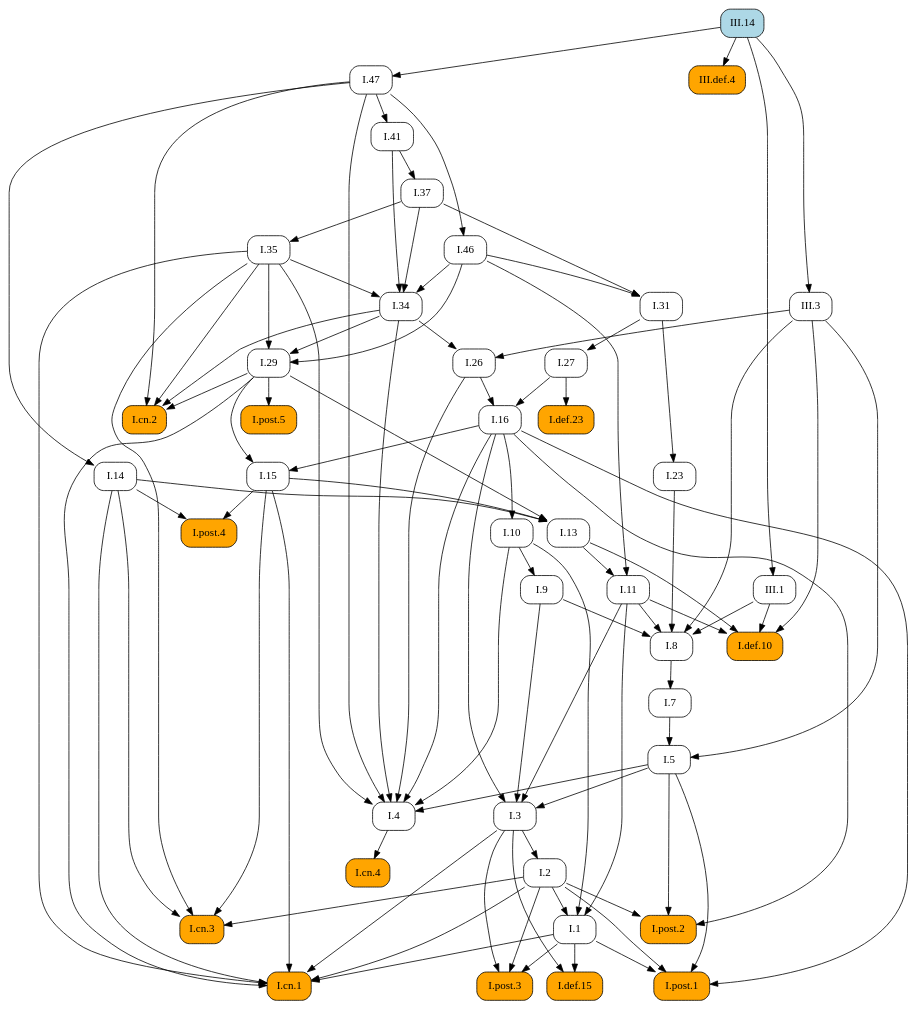
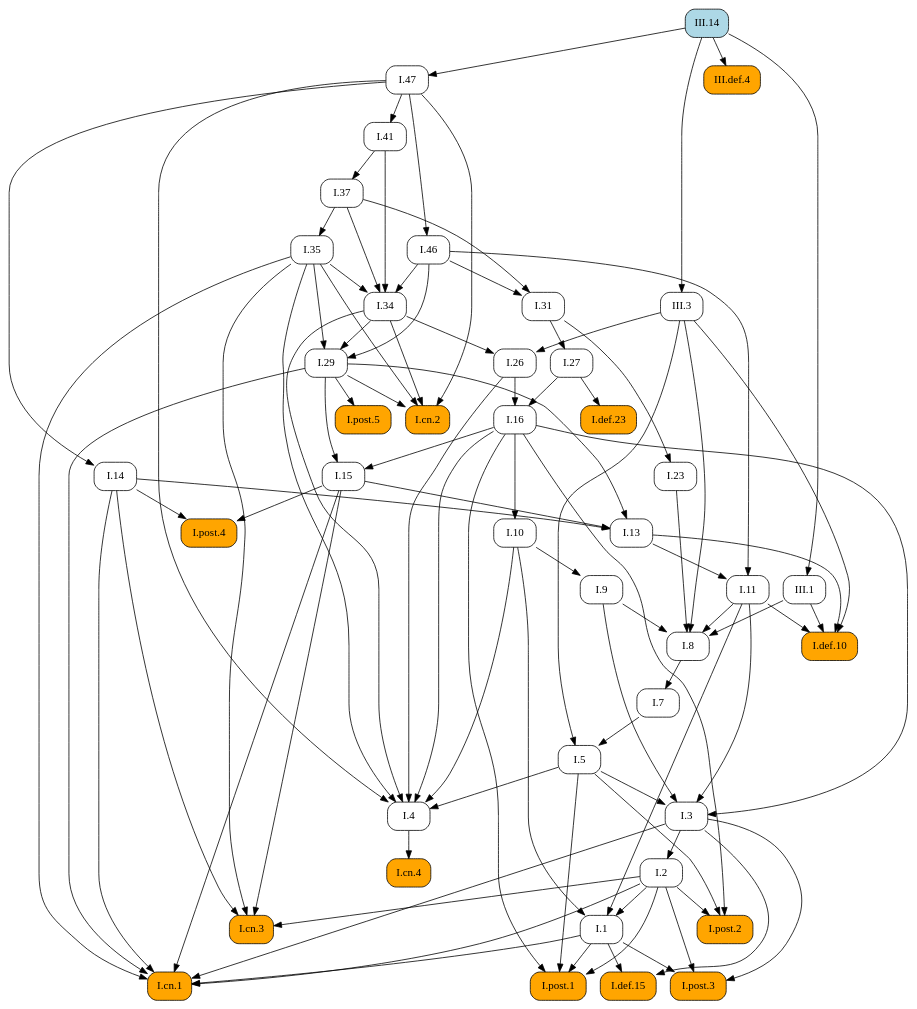
Before and after one commit to geometor/elements: the diagram in docsrc/elements2/III/14/index.rst, drawn with Graphviz. The commit also changed other lines of this file and 409 other files, not shown here.

First line of the commit message:
feat: Add image cropping and graphic extraction script

```diff
--- a/docsrc/elements2/III/14/index.rst
+++ b/docsrc/elements2/III/14/index.rst
@@ -120,98 +120,67 @@
    digraph {
      rankdir="TB";
      node [shape=box, style=rounded];
+     "I.37" [URL="/elements2/I/37/", target="_top"];
+     "I.cn.2" [style="rounded,filled", fillcolor=orange, URL="/elements2/I/cn.2/", target="_top"];
+     "I.31" [URL="/elements2/I/31/", target="_top"];
+     "I.41" [URL="/elements2/I/41/", target="_top"];
      "I.8" [URL="/elements2/I/8/", target="_top"];
+     "I.5" [URL="/elements2/I/5/", target="_top"];
+     "I.47" [URL="/elements2/I/47/", target="_top"];
+     "I.15" [URL="/elements2/I/15/", target="_top"];
+     "I.26" [URL="/elements2/I/26/", target="_top"];
+     "I.cn.1" [style="rounded,filled", fillcolor=orange, URL="/elements2/I/cn.1/", target="_top"];
+     "I.7" [URL="/elements2/I/7/", target="_top"];
+     "I.23" [URL="/elements2/I/23/", target="_top"];
+     "I.16" [URL="/elements2/I/16/", target="_top"];
+     "I.35" [URL="/elements2/I/35/", target="_top"];
+     "I.34" [URL="/elements2/I/34/", target="_top"];
+     "I.def.15" [style="rounded,filled", fillcolor=orange, URL="/elements2/I/def.15/", target="_top"];
      "I.46" [URL="/elements2/I/46/", target="_top"];
-     "I.47" [URL="/elements2/I/47/", target="_top"];
+     "I.def.10" [style="rounded,filled", fillcolor=orange, URL="/elements2/I/def.10/", target="_top"];
+     "I.11" [URL="/elements2/I/11/", target="_top"];
+     "I.def.23" [style="rounded,filled", fillcolor=orange, URL="/elements2/I/def.23/", target="_top"];
+     "I.post.5" [style="rounded,filled", fillcolor=orange, URL="/elements2/I/post.5/", target="_top"];
+     "I.3" [URL="/elements2/I/3/", target="_top"];
      "I.14" [URL="/elements2/I/14/", target="_top"];
+     "I.10" [URL="/elements2/I/10/", target="_top"];
+     "III.14" [style="rounded,filled", fillcolor=lightblue, URL="/elements2/III/14/", target="_top"];
+     "I.cn.3" [style="rounded,filled", fillcolor=orange, URL="/elements2/I/cn.3/", target="_top"];
+     "I.13" [URL="/elements2/I/13/", target="_top"];
+     "I.4" [URL="/elements2/I/4/", target="_top"];
+     "I.post.3" [style="rounded,filled", fillcolor=orange, URL="/elements2/I/post.3/", target="_top"];
+     "III.3" [URL="/elements2/III/3/", target="_top"];
+     "I.9" [URL="/elements2/I/9/", target="_top"];
+     "I.29" [URL="/elements2/I/29/", target="_top"];
+     "I.post.1" [style="rounded,filled", fillcolor=orange, URL="/elements2/I/post.1/", target="_top"];
+     "I.2" [URL="/elements2/I/2/", target="_top"];
+     "I.27" [URL="/elements2/I/27/", target="_top"];
      "III.def.4" [style="rounded,filled", fillcolor=orange, URL="/elements2/III/def.4/", target="_top"];
-     "I.post.1" [style="rounded,filled", fillcolor=orange, URL="/elements2/I/post.1/", target="_top"];
-     "I.5" [URL="/elements2/I/5/", target="_top"];
-     "I.post.5" [style="rounded,filled", fillcolor=orange, URL="/elements2/I/post.5/", target="_top"];
-     "I.def.10" [style="rounded,filled", fillcolor=orange, URL="/elements2/I/def.10/", target="_top"];
-     "III.3" [URL="/elements2/III/3/", target="_top"];
-     "I.cn.2" [style="rounded,filled", fillcolor=orange, URL="/elements2/I/cn.2/", target="_top"];
-     "I.def.15" [style="rounded,filled", fillcolor=orange, URL="/elements2/I/def.15/", target="_top"];
-     "I.31" [URL="/elements2/I/31/", target="_top"];
-     "I.11" [URL="/elements2/I/11/", target="_top"];
-     "I.3" [URL="/elements2/I/3/", target="_top"];
-     "I.post.2" [style="rounded,filled", fillcolor=orange, URL="/elements2/I/post.2/", target="_top"];
-     "I.def.23" [style="rounded,filled", fillcolor=orange, URL="/elements2/I/def.23/", target="_top"];
-     "I.26" [URL="/elements2/I/26/", target="_top"];
-     "I.cn.3" [style="rounded,filled", fillcolor=orange, URL="/elements2/I/cn.3/", target="_top"];
+     "I.post.4" [style="rounded,filled", fillcolor=orange, URL="/elements2/I/post.4/", target="_top"];
      "I.cn.4" [style="rounded,filled", fillcolor=orange, URL="/elements2/I/cn.4/", target="_top"];
      "I.1" [URL="/elements2/I/1/", target="_top"];
-     "I.7" [URL="/elements2/I/7/", target="_top"];
-     "I.9" [URL="/elements2/I/9/", target="_top"];
-     "I.cn.1" [style="rounded,filled", fillcolor=orange, URL="/elements2/I/cn.1/", target="_top"];
-     "I.29" [URL="/elements2/I/29/", target="_top"];
-     "I.post.4" [style="rounded,filled", fillcolor=orange, URL="/elements2/I/post.4/", target="_top"];
-     "I.16" [URL="/elements2/I/16/", target="_top"];
-     "I.13" [URL="/elements2/I/13/", target="_top"];
-     "I.41" [URL="/elements2/I/41/", target="_top"];
-     "I.35" [URL="/elements2/I/35/", target="_top"];
-     "I.2" [URL="/elements2/I/2/", target="_top"];
-     "I.37" [URL="/elements2/I/37/", target="_top"];
-     "I.27" [URL="/elements2/I/27/", target="_top"];
-     "I.4" [URL="/elements2/I/4/", target="_top"];
      "III.1" [URL="/elements2/III/1/", target="_top"];
-     "I.10" [URL="/elements2/I/10/", target="_top"];
-     "I.15" [URL="/elements2/I/15/", target="_top"];
-     "I.34" [URL="/elements2/I/34/", target="_top"];
-     "I.23" [URL="/elements2/I/23/", target="_top"];
-     "III.14" [style="rounded,filled", fillcolor=lightblue, URL="/elements2/III/14/", target="_top"];
-     "I.post.3" [style="rounded,filled", fillcolor=orange, URL="/elements2/I/post.3/", target="_top"];
+     "I.post.2" [style="rounded,filled", fillcolor=orange, URL="/elements2/I/post.2/", target="_top"];
+     "I.41" -> "I.37";
+     "I.29" -> "I.cn.2";
+     "I.34" -> "I.cn.2";
+     "I.35" -> "I.cn.2";
+     "I.47" -> "I.cn.2";
+     "I.37" -> "I.31";
+     "I.46" -> "I.31";
+     "I.47" -> "I.41";
      "I.9" -> "I.8";
      "I.11" -> "I.8";
      "I.23" -> "I.8";
      "III.1" -> "I.8";
      "III.3" -> "I.8";
-     "I.47" -> "I.46";
-     "III.14" -> "I.47";
-     "I.47" -> "I.14";
-     "III.14" -> "III.def.4";
-     "I.1" -> "I.post.1";
-     "I.2" -> "I.post.1";
-     "I.5" -> "I.post.1";
-     "I.16" -> "I.post.1";
      "I.7" -> "I.5";
      "III.3" -> "I.5";
-     "I.29" -> "I.post.5";
-     "I.11" -> "I.def.10";
-     "I.13" -> "I.def.10";
-     "III.1" -> "I.def.10";
-     "III.3" -> "I.def.10";
-     "III.14" -> "III.3";
-     "I.29" -> "I.cn.2";
-     "I.34" -> "I.cn.2";
-     "I.35" -> "I.cn.2";
-     "I.47" -> "I.cn.2";
-     "I.1" -> "I.def.15";
-     "I.3" -> "I.def.15";
-     "I.37" -> "I.31";
-     "I.46" -> "I.31";
-     "I.13" -> "I.11";
-     "I.46" -> "I.11";
-     "I.5" -> "I.3";
-     "I.9" -> "I.3";
-     "I.11" -> "I.3";
-     "I.16" -> "I.3";
-     "I.2" -> "I.post.2";
-     "I.5" -> "I.post.2";
-     "I.16" -> "I.post.2";
-     "I.27" -> "I.def.23";
+     "III.14" -> "I.47";
+     "I.16" -> "I.15";
+     "I.29" -> "I.15";
      "I.34" -> "I.26";
      "III.3" -> "I.26";
-     "I.2" -> "I.cn.3";
-     "I.14" -> "I.cn.3";
-     "I.15" -> "I.cn.3";
-     "I.35" -> "I.cn.3";
-     "I.4" -> "I.cn.4";
-     "I.2" -> "I.1";
-     "I.10" -> "I.1";
-     "I.11" -> "I.1";
-     "I.8" -> "I.7";
-     "I.10" -> "I.9";
      "I.1" -> "I.cn.1";
      "I.2" -> "I.cn.1";
      "I.3" -> "I.cn.1";
@@ -219,21 +188,39 @@
      "I.15" -> "I.cn.1";
      "I.29" -> "I.cn.1";
      "I.35" -> "I.cn.1";
-     "I.34" -> "I.29";
-     "I.35" -> "I.29";
-     "I.46" -> "I.29";
-     "I.14" -> "I.post.4";
-     "I.15" -> "I.post.4";
+     "I.8" -> "I.7";
+     "I.31" -> "I.23";
      "I.26" -> "I.16";
      "I.27" -> "I.16";
+     "I.37" -> "I.35";
+     "I.35" -> "I.34";
+     "I.37" -> "I.34";
+     "I.41" -> "I.34";
+     "I.46" -> "I.34";
+     "I.1" -> "I.def.15";
+     "I.3" -> "I.def.15";
+     "I.47" -> "I.46";
+     "I.11" -> "I.def.10";
+     "I.13" -> "I.def.10";
+     "III.1" -> "I.def.10";
+     "III.3" -> "I.def.10";
+     "I.13" -> "I.11";
+     "I.46" -> "I.11";
+     "I.27" -> "I.def.23";
+     "I.29" -> "I.post.5";
+     "I.5" -> "I.3";
+     "I.9" -> "I.3";
+     "I.11" -> "I.3";
+     "I.16" -> "I.3";
+     "I.47" -> "I.14";
+     "I.16" -> "I.10";
+     "I.2" -> "I.cn.3";
+     "I.14" -> "I.cn.3";
+     "I.15" -> "I.cn.3";
+     "I.35" -> "I.cn.3";
      "I.14" -> "I.13";
      "I.15" -> "I.13";
      "I.29" -> "I.13";
-     "I.47" -> "I.41";
-     "I.37" -> "I.35";
-     "I.3" -> "I.2";
-     "I.41" -> "I.37";
-     "I.31" -> "I.27";
      "I.5" -> "I.4";
      "I.10" -> "I.4";
      "I.16" -> "I.4";
@@ -241,16 +228,29 @@
      "I.34" -> "I.4";
      "I.35" -> "I.4";
      "I.47" -> "I.4";
-     "III.14" -> "III.1";
-     "I.16" -> "I.10";
-     "I.16" -> "I.15";
-     "I.29" -> "I.15";
-     "I.35" -> "I.34";
-     "I.37" -> "I.34";
-     "I.41" -> "I.34";
-     "I.46" -> "I.34";
-     "I.31" -> "I.23";
      "I.1" -> "I.post.3";
      "I.2" -> "I.post.3";
      "I.3" -> "I.post.3";
+     "III.14" -> "III.3";
+     "I.10" -> "I.9";
+     "I.34" -> "I.29";
+     "I.35" -> "I.29";
+     "I.46" -> "I.29";
+     "I.1" -> "I.post.1";
+     "I.2" -> "I.post.1";
+     "I.5" -> "I.post.1";
+     "I.16" -> "I.post.1";
+     "I.3" -> "I.2";
+     "I.31" -> "I.27";
+     "III.14" -> "III.def.4";
+     "I.14" -> "I.post.4";
+     "I.15" -> "I.post.4";
+     "I.4" -> "I.cn.4";
+     "I.2" -> "I.1";
+     "I.10" -> "I.1";
+     "I.11" -> "I.1";
+     "III.14" -> "III.1";
+     "I.2" -> "I.post.2";
+     "I.5" -> "I.post.2";
+     "I.16" -> "I.post.2";
    }
```
